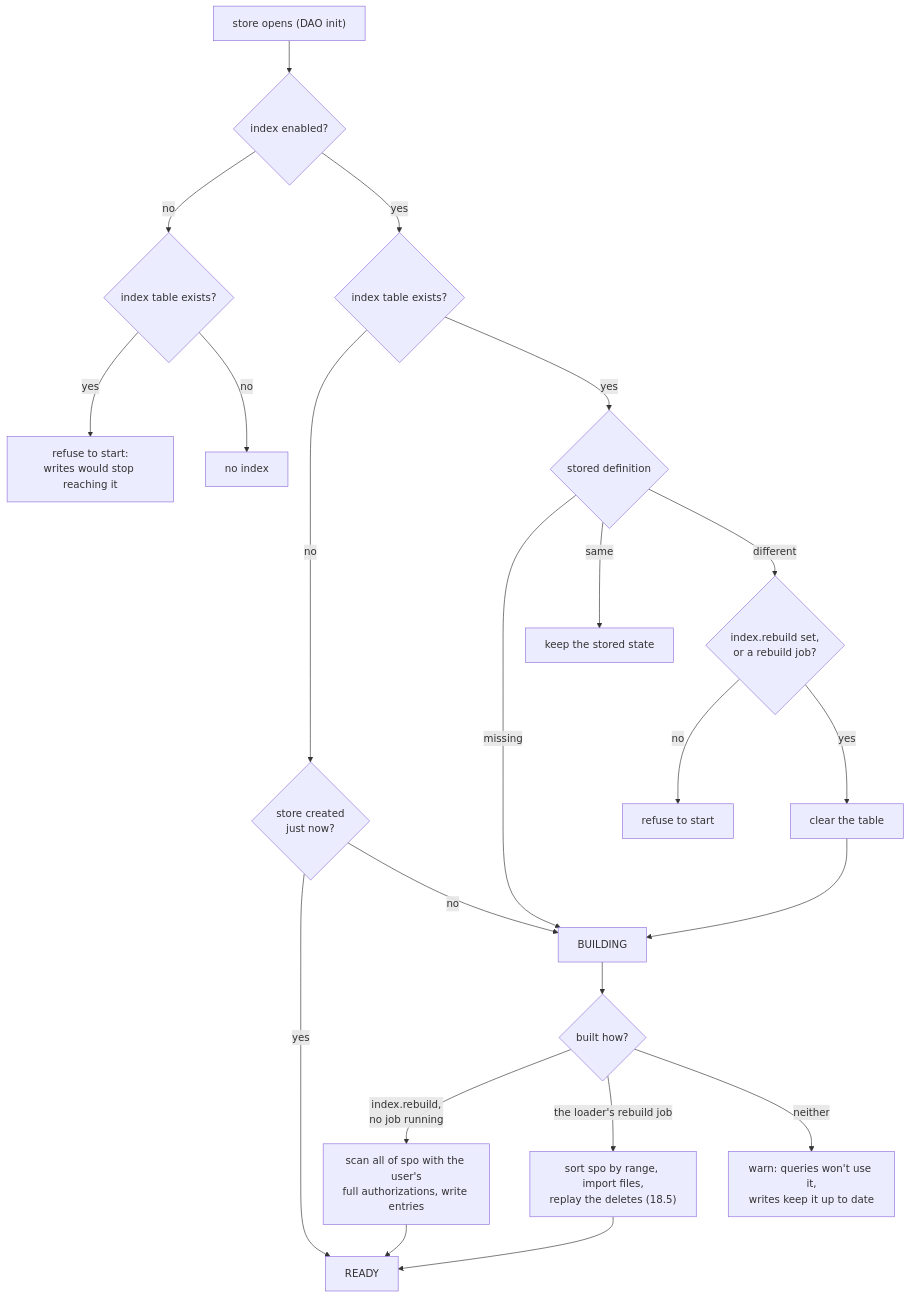
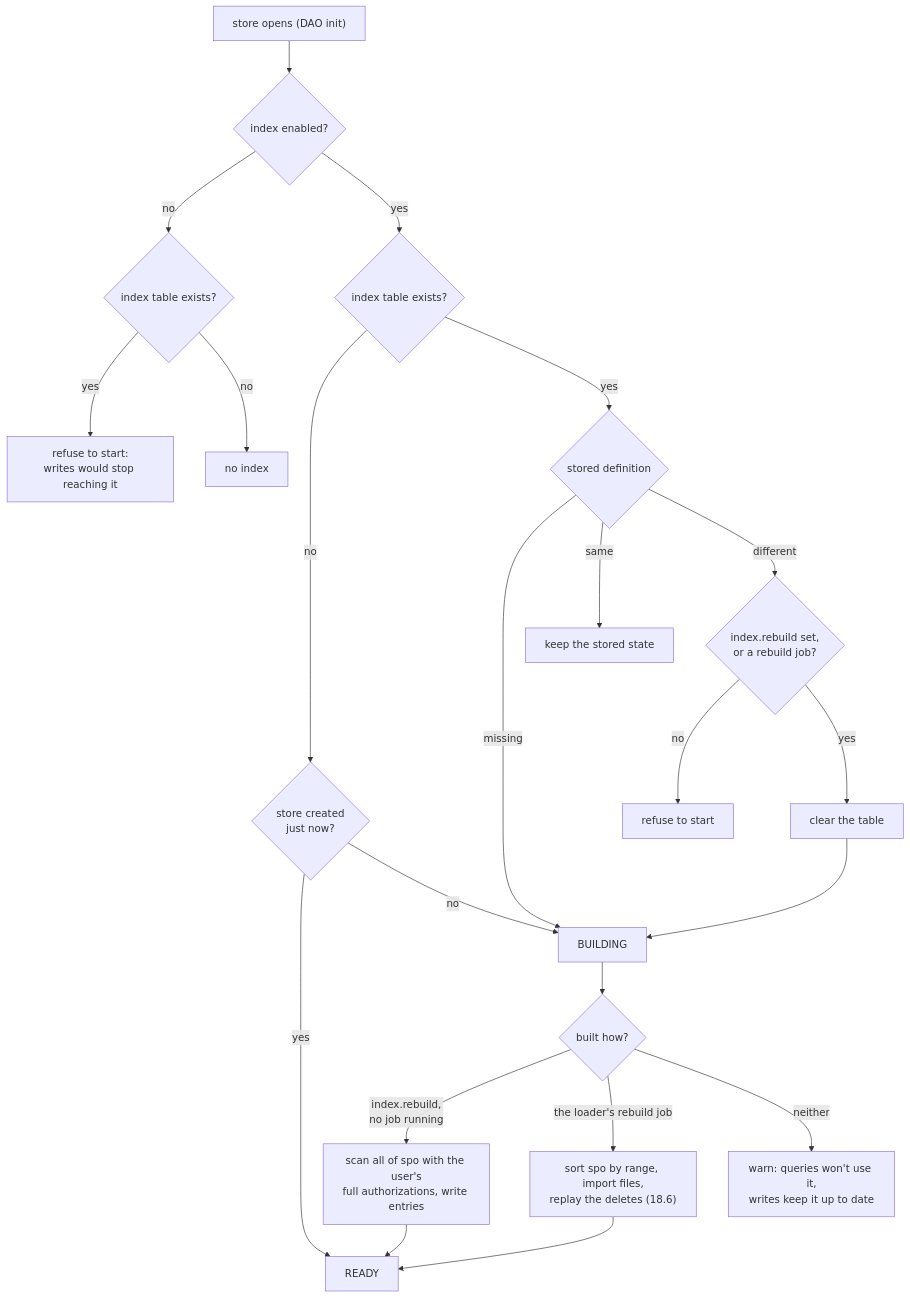
Before and after one commit to dgreco/tripatha: diagram 16 of 23 in ARCH.md, drawn with Mermaid. The commit also changed other lines of this file and 103 other files, not shown here.

````diff
--- a/ARCH.md
+++ b/ARCH.md
@@ -1620,21 +1620,21 @@
 ```mermaid
 flowchart TD
     open["store opens (DAO init)"] --> en{"index enabled?"}
     en -- "no" --> ex1{"index table exists?"}
     ex1 -- "yes" --> refuse["refuse to start:<br/>writes would stop reaching it"]
     ex1 -- "no" --> skip["no index"]
     en -- "yes" --> ex2{"index table exists?"}
     ex2 -- "no" --> created{"store created<br/>just now?"}
     created -- "yes" --> ready["READY"]
     created -- "no" --> building["BUILDING"]
     ex2 -- "yes" --> rec{"stored definition"}
     rec -- "missing" --> building
     rec -- "same" --> keep["keep the stored state"]
     rec -- "different" --> rb{"index.rebuild set,<br/>or a rebuild job?"}
     rb -- "no" --> refuse2["refuse to start"]
     rb -- "yes" --> clear["clear the table"] --> building
     building --> rb2{"built how?"}
     rb2 -- "index.rebuild,<br/>no job running" --> rebuild["scan all of spo with the user's<br/>full authorizations, write entries"] --> ready
-    rb2 -- "the loader's rebuild job" --> job["sort spo by range, import files,<br/>replay the deletes (18.5)"] --> ready
+    rb2 -- "the loader's rebuild job" --> job["sort spo by range, import files,<br/>replay the deletes (18.6)"] --> ready
     rb2 -- "neither" --> warn["warn: queries won't use it,<br/>writes keep it up to date"]
 ```
````
